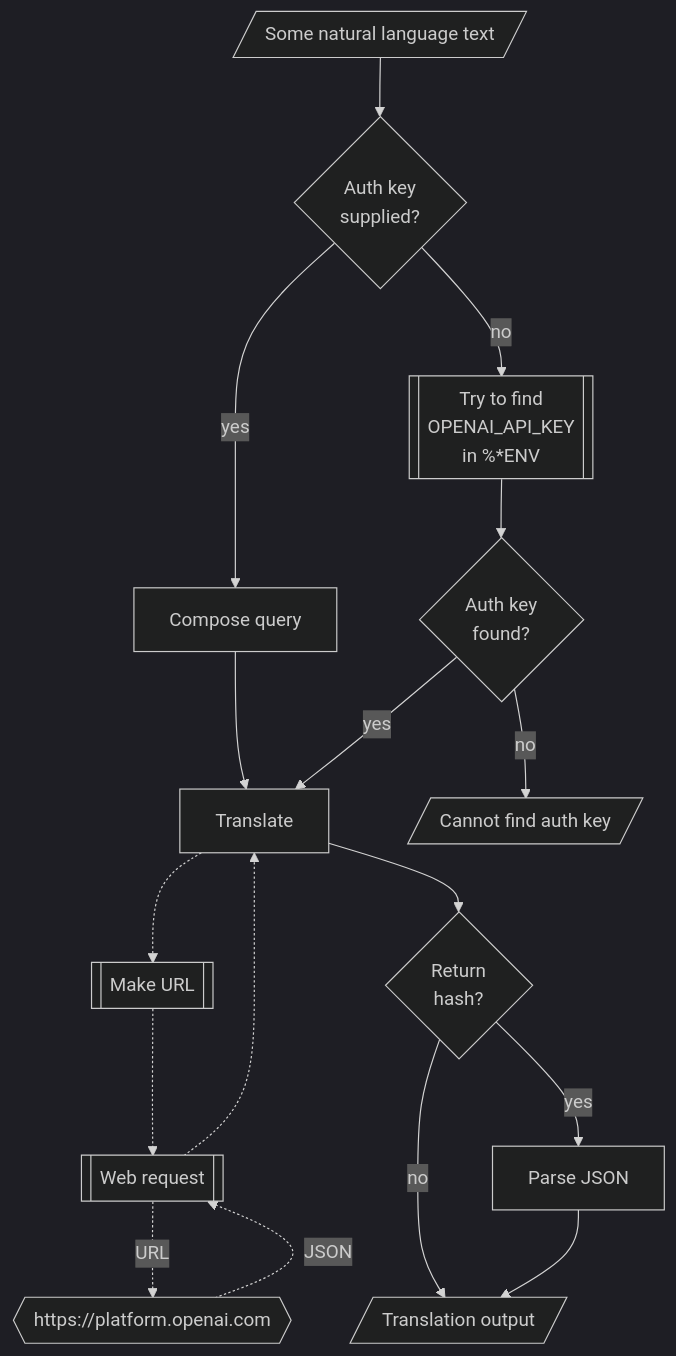
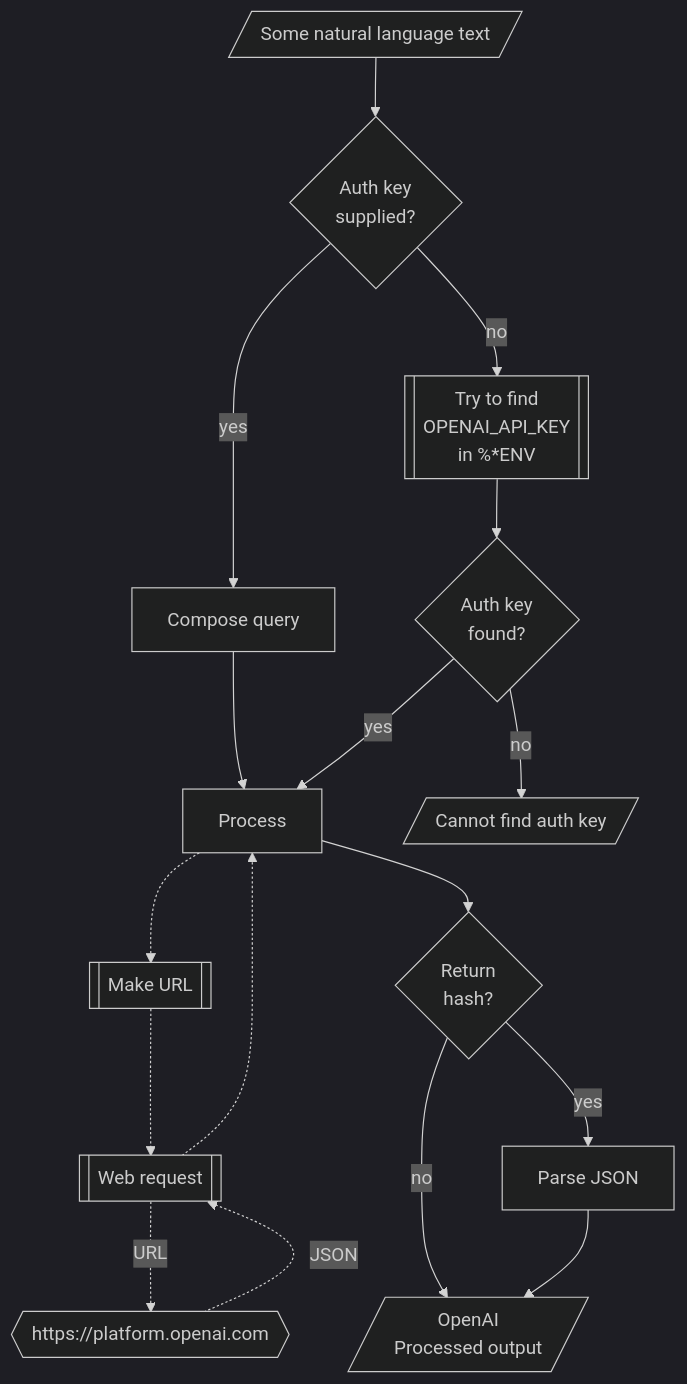
The diagram in README-work.md (antononcube/Raku-WWW-OpenAI), drawn with Mermaid (dark theme) before and after one commit. The commit also changed other lines of this file and 5 other files, not shown here.

````diff
--- a/README-work.md
+++ b/README-work.md
@@ -68,30 +76,30 @@
 ```mermaid
 graph TD
 	UI[/Some natural language text/]
-	TO[/Translation output/]
+	TO[/"OpenAI<br/>Processed output"/]
 	WR[[Web request]]
 	OpenAI{{https://platform.openai.com}}
 	PJ[Parse JSON]
 	Q{Return<br>hash?}
 	MSTC[Compose query]
 	MURL[[Make URL]]
-	TTC[Translate]
+	TTC[Process]
 	QAK{Auth key<br>supplied?}
 	EAK[["Try to find<br>OPENAI_API_KEY<br>in %*ENV"]]
 	QEAF{Auth key<br>found?}
 	NAK[/Cannot find auth key/]
 	UI --> QAK
 	QAK --> |yes|MSTC
 	QAK --> |no|EAK
 	EAK --> QEAF
 	MSTC --> TTC
 	QEAF --> |no|NAK
 	QEAF --> |yes|TTC
 	TTC -.-> MURL -.-> WR -.-> TTC
 	WR -.-> |URL|OpenAI 
 	OpenAI -.-> |JSON|WR
 	TTC --> Q 
 	Q --> |yes|PJ
 	Q --> |no|TO
 	PJ --> TO
 ```
````
